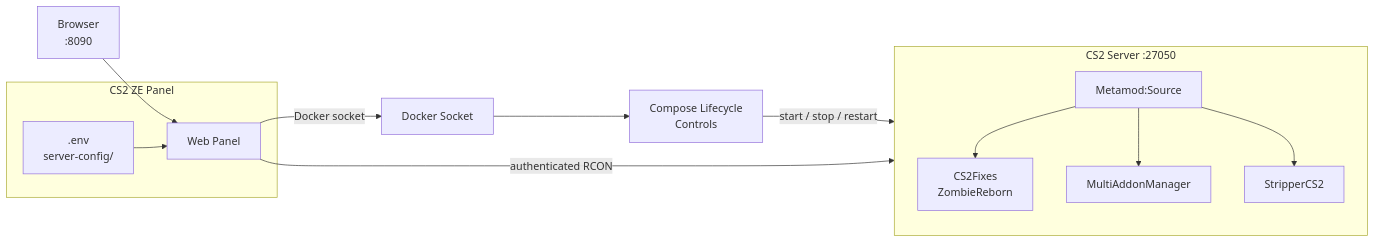
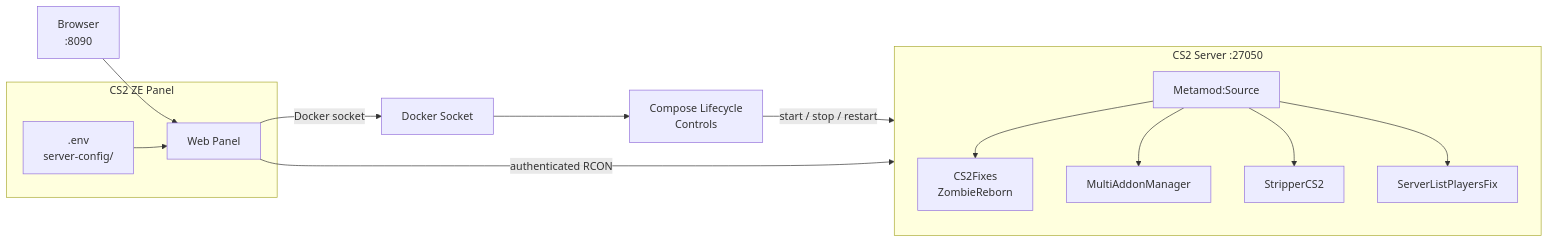
The diagram in README.md (InterStella0/cs2ze-web-panel), drawn with Mermaid before and after one commit. The commit also changed other lines of this file and 9 other files, not shown here.

First line of the commit message:
add ServerListPlayersFix plugin support

````diff
--- a/README.md
+++ b/README.md
@@ -47,32 +49,34 @@
 ```mermaid
   flowchart LR
       Browser["Browser<br/>:8090"]
 
       subgraph PanelSide["CS2 ZE Panel"]
           Panel["Web Panel"]
           Config[".env<br/>server-config/"]
       end
 
       Docker["Docker Socket"]
       Compose["Compose Lifecycle<br/>Controls"]
 
       subgraph CS2["CS2 Server :27050"]
           Metamod["Metamod:Source"]
 
           CS2Fixes["CS2Fixes<br/>ZombieReborn"]
           MAM["MultiAddonManager"]
           Stripper["StripperCS2"]
+          SLPF["ServerListPlayersFix"]
 
           Metamod --> CS2Fixes
           Metamod --> MAM
           Metamod --> Stripper
+          Metamod --> SLPF
       end
 
       Browser --> Panel
       Panel -->|Docker socket| Docker
       Docker --> Compose
       Compose -->|start / stop / restart| CS2
 
       Panel -->|authenticated RCON| CS2
       Config --> Panel
 ```
````
